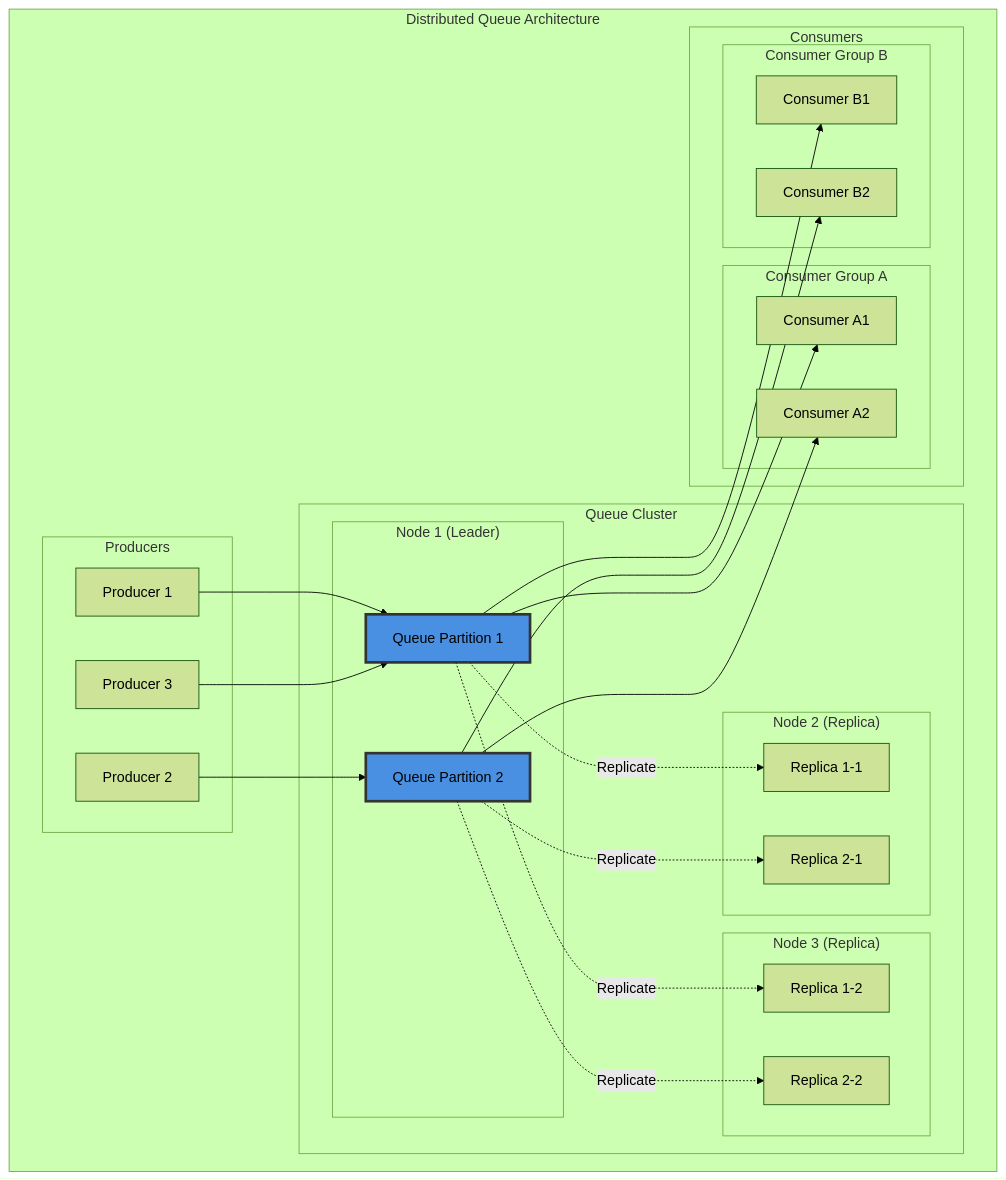
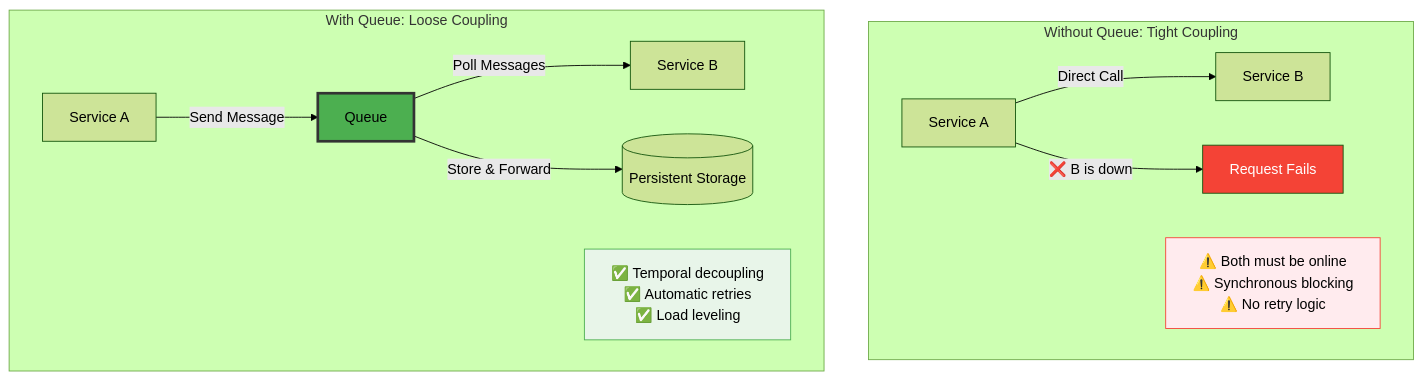
One commit to deepaucksharma/DStudio changed the second of 8 diagrams in docs/pattern-library/coordination/distributed-queue.md. Above: the diagram before and after it, drawn with Mermaid (forest theme). The commit also changed other lines of this file and 8 other files, not shown here.

````diff
--- a/docs/pattern-library/coordination/distributed-queue.md
+++ b/docs/pattern-library/coordination/distributed-queue.md
@@ -80,53 +138,20 @@
 ```mermaid
 graph TB
-    subgraph "Distributed Queue Architecture"
-        subgraph "Producers"
-            P1[Producer 1]
-            P2[Producer 2]
-            P3[Producer 3]
-        end
-        
-        subgraph "Queue Cluster"
-            subgraph "Node 1 (Leader)"
-                Q1[Queue Partition 1]
-                Q2[Queue Partition 2]
-            end
-            subgraph "Node 2 (Replica)"
-                R1[Replica 1-1]
-                R2[Replica 2-1]
-            end
-            subgraph "Node 3 (Replica)"
-                R3[Replica 1-2]
-                R4[Replica 2-2]
-            end
-        end
-        
-        subgraph "Consumers"
-            subgraph "Consumer Group A"
-                C1[Consumer A1]
-                C2[Consumer A2]
-            end
-            subgraph "Consumer Group B"
-                C3[Consumer B1]
-                C4[Consumer B2]
-            end
-        end
-        
-        P1 --> Q1
-        P2 --> Q2
-        P3 --> Q1
-        
-        Q1 -.->|Replicate| R1
-        Q1 -.->|Replicate| R3
-        Q2 -.->|Replicate| R2
-        Q2 -.->|Replicate| R4
-        
-        Q1 --> C1
-        Q2 --> C2
-        Q1 --> C3
-        Q2 --> C4
+    subgraph "Without Queue: Tight Coupling"
+        A1[Service A] -->|Direct Call| B1[Service B]
+        A1 -->|❌ B is down| X[Request Fails]
+        Note1[⚠️ Both must be online<br/>⚠️ Synchronous blocking<br/>⚠️ No retry logic]
     end
     
-    style Q1 fill:#4a90e2,stroke:#333,stroke-width:3px
-    style Q2 fill:#4a90e2,stroke:#333,stroke-width:3px
+    subgraph "With Queue: Loose Coupling"
+        A2[Service A] -->|Send Message| Q[Queue]
+        Q -->|Poll Messages| B2[Service B]
+        Q -->|Store & Forward| S[(Persistent Storage)]
+        Note2[✅ Temporal decoupling<br/>✅ Automatic retries<br/>✅ Load leveling]
+    end
+    
+    style Q fill:#4CAF50,stroke:#333,stroke-width:3px
+    style X fill:#f44336,color:#fff
+    style Note1 fill:#ffebee,stroke:#f44336
+    style Note2 fill:#e8f5e9,stroke:#4CAF50
 ```
````
